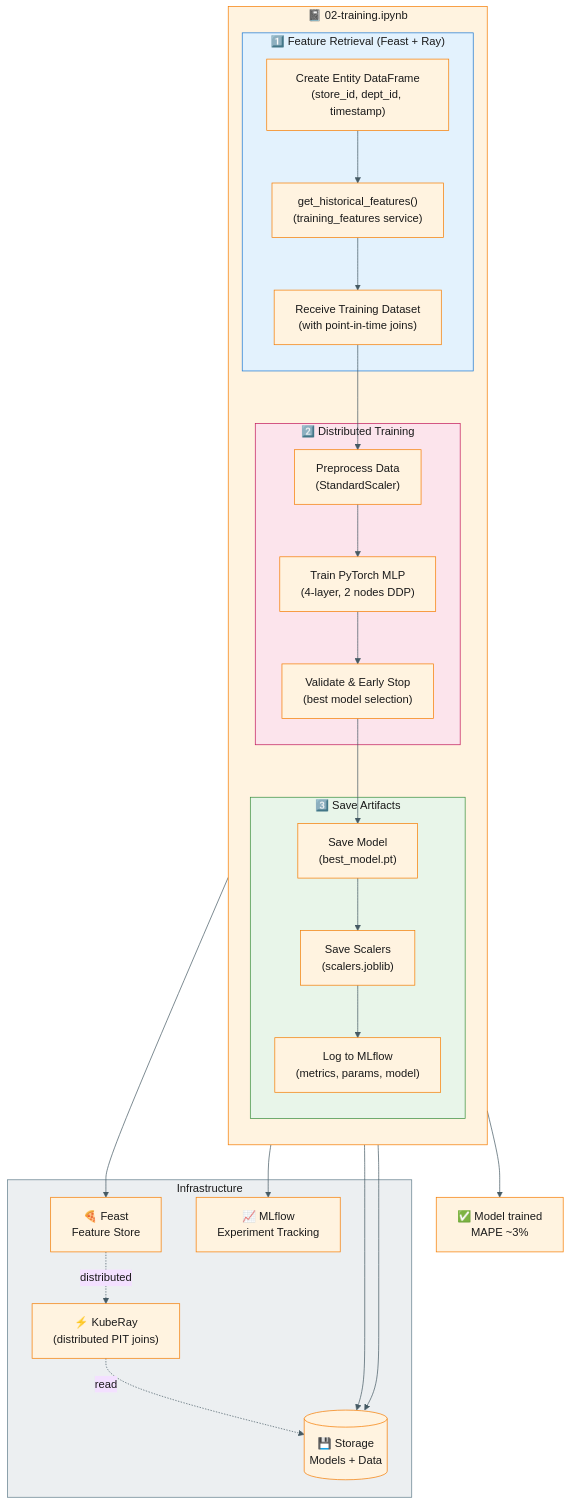
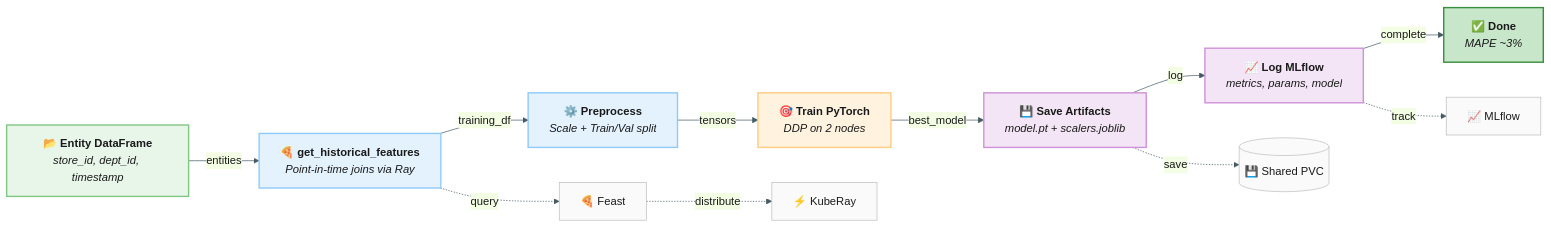
The diagram in examples/complete-mlops-pipeline/docs/02-training-workflow.mmd (abhijeet-dhumal/sales-demand-forecasting), drawn with Mermaid before and after one commit. The commit also changed other lines of this file and 20 other files, not shown here.

```diff
--- a/examples/complete-mlops-pipeline/docs/02-training-workflow.mmd
+++ b/examples/complete-mlops-pipeline/docs/02-training-workflow.mmd
@@ -1,50 +1,43 @@
-%%{init: {'theme': 'base', 'themeVariables': { 'primaryColor': '#fff3e0', 'primaryTextColor': '#1a1a1a', 'primaryBorderColor': '#f57c00', 'lineColor': '#455a64'}}}%%
-flowchart TB
-    subgraph Notebook["📓 02-training.ipynb"]
-        direction TB
-        
-        subgraph Features["1️⃣ Feature Retrieval (Feast + Ray)"]
-            F1["Create Entity DataFrame<br/>(store_id, dept_id, timestamp)"]
-            F2["get_historical_features()<br/>(training_features service)"]
-            F3["Receive Training Dataset<br/>(with point-in-time joins)"]
-        end
-        
-        subgraph Train["2️⃣ Distributed Training"]
-            T1["Preprocess Data<br/>(StandardScaler)"]
-            T2["Train PyTorch MLP<br/>(4-layer, 2 nodes DDP)"]
-            T3["Validate & Early Stop<br/>(best model selection)"]
-        end
-        
-        subgraph Save["3️⃣ Save Artifacts"]
-            S1["Save Model<br/>(best_model.pt)"]
-            S2["Save Scalers<br/>(scalers.joblib)"]
-            S3["Log to MLflow<br/>(metrics, params, model)"]
-        end
-    end
+%%{init: {
+  'theme': 'base',
+  'themeVariables': {
+    'primaryColor': '#e3f2fd',
+    'primaryTextColor': '#1a1a1a',
+    'primaryBorderColor': '#90caf9',
+    'lineColor': '#455a64'
+  }
+}}%%
+flowchart LR
+    %% Main unidirectional flow
+    A["📂 <b>Entity DataFrame</b><br/><i>store_id, dept_id, timestamp</i>"]
+    B["🍕 <b>get_historical_features</b><br/><i>Point-in-time joins via Ray</i>"]
+    C["⚙️ <b>Preprocess</b><br/><i>Scale + Train/Val split</i>"]
+    D["🎯 <b>Train PyTorch</b><br/><i>DDP on 2 nodes</i>"]
+    E["💾 <b>Save Artifacts</b><br/><i>model.pt + scalers.joblib</i>"]
+    F["📈 <b>Log MLflow</b><br/><i>metrics, params, model</i>"]
+    G["✅ <b>Done</b><br/><i>MAPE ~3%</i>"]
 
-    subgraph Infra["Infrastructure"]
-        Ray["⚡ KubeRay<br/>(distributed PIT joins)"]
-        Feast["🍕 Feast<br/>Feature Store"]
-        MLflow["📈 MLflow<br/>Experiment Tracking"]
-        PVC[(💾 Storage<br/>Models + Data)]
-    end
+    A -->|"entities"| B -->|"training_df"| C -->|"tensors"| D -->|"best_model"| E -->|"log"| F -->|"complete"| G
 
-    F1 --> F2 --> F3
-    F3 --> T1 --> T2 --> T3
-    T3 --> S1 --> S2 --> S3
+    %% Infrastructure (below)
+    Feast["🍕 Feast"]
+    Ray["⚡ KubeRay"]
+    PVC[("💾 Shared PVC")]
+    MLF["📈 MLflow"]
 
-    F2 --> Feast
-    Feast -.->|"distributed"| Ray
-    Ray -.->|"read"| PVC
-    S1 --> PVC
-    S2 --> PVC
-    S3 --> MLflow
+    B -.->|"query"| Feast
+    Feast -.->|"distribute"| Ray
+    E -.->|"save"| PVC
+    F -.->|"track"| MLF
 
-    Output["✅ Model trained<br/>MAPE ~3%"]
-    S3 --> Output
-
-    style Notebook fill:#fff3e0,stroke:#f57c00,color:#1a1a1a
-    style Features fill:#e3f2fd,stroke:#1976d2,color:#1a1a1a
-    style Train fill:#fce4ec,stroke:#c2185b,color:#1a1a1a
-    style Save fill:#e8f5e9,stroke:#388e3c,color:#1a1a1a
-    style Infra fill:#eceff1,stroke:#607d8b,color:#1a1a1a
+    style A fill:#e8f5e9,stroke:#81c784,stroke-width:2px
+    style B fill:#e3f2fd,stroke:#90caf9,stroke-width:2px
+    style C fill:#e3f2fd,stroke:#90caf9,stroke-width:2px
+    style D fill:#fff3e0,stroke:#ffcc80,stroke-width:2px
+    style E fill:#f3e5f5,stroke:#ce93d8,stroke-width:2px
+    style F fill:#f3e5f5,stroke:#ce93d8,stroke-width:2px
+    style G fill:#c8e6c9,stroke:#388e3c,stroke-width:2px
+    style Feast fill:#fafafa,stroke:#bdbdbd
+    style Ray fill:#fafafa,stroke:#bdbdbd
+    style PVC fill:#fafafa,stroke:#bdbdbd
+    style MLF fill:#fafafa,stroke:#bdbdbd
```
